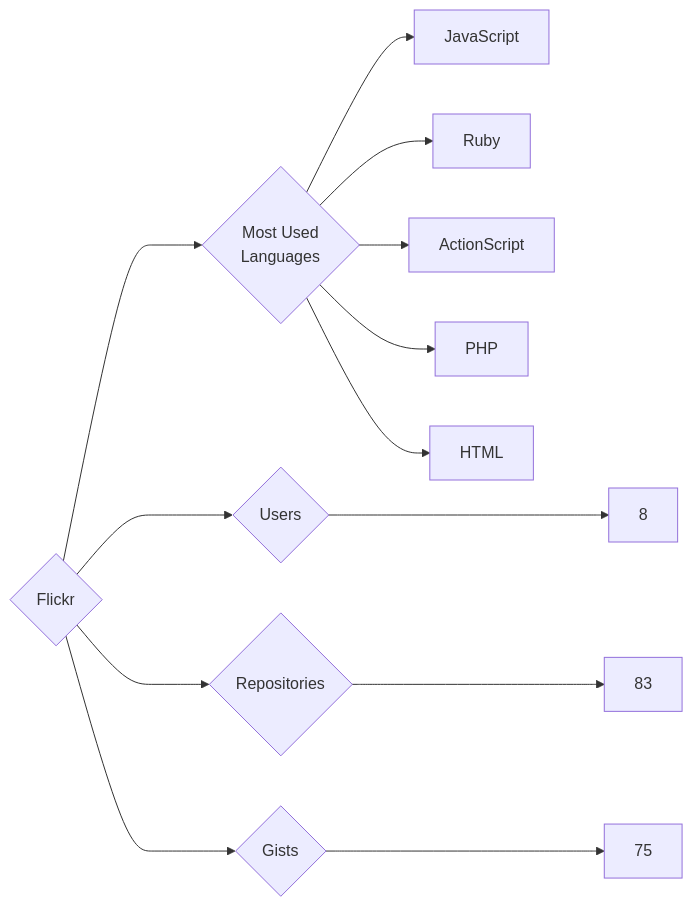
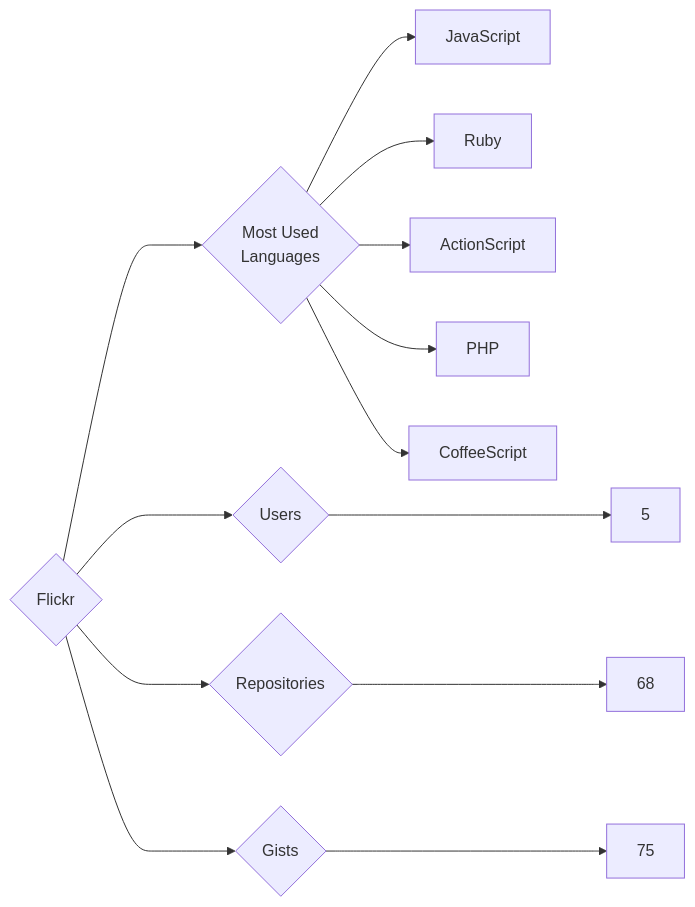
One commit to trickest/insiders changed the diagram in targets/Flickr/README.md. Above: the diagram before and after it, drawn with Mermaid. The commit also changed 1084 other files, not shown here.

````diff
--- a/targets/Flickr/README.md
+++ b/targets/Flickr/README.md
@@ -3,13 +3,13 @@
 ```mermaid
 graph LR
 COMPANY_NAME{Flickr}
-COMPANY_NAME ---> U{Users} ---> UN[8]
-COMPANY_NAME ---> R{Repositories} ---> RN[83]
+COMPANY_NAME ---> U{Users} ---> UN[5]
+COMPANY_NAME ---> R{Repositories} ---> RN[68]
 COMPANY_NAME ---> G{Gists} ---> GN[75]
 COMPANY_NAME ---> ML{Most Used<br>Languages}
 ML --> JavaScript[JavaScript]
 ML --> Ruby[Ruby]
 ML --> ActionScript[ActionScript]
 ML --> PHP[PHP]
-ML --> HTML[HTML]
+ML --> CoffeeScript[CoffeeScript]
 ```
````
